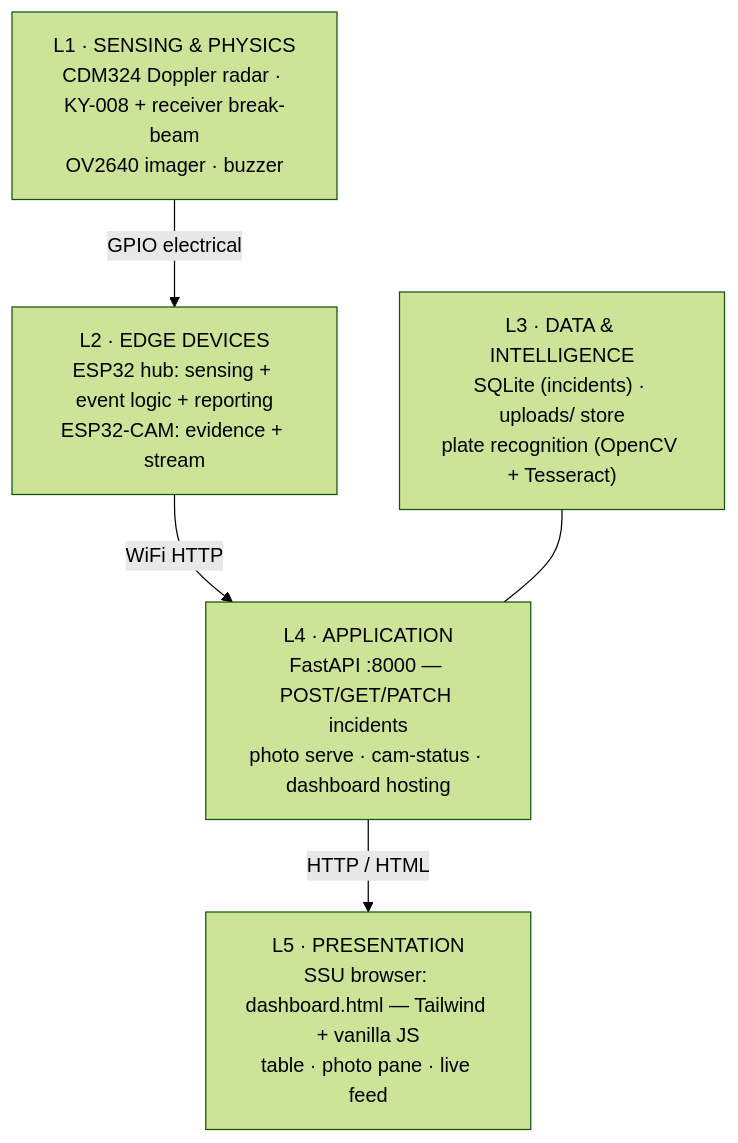
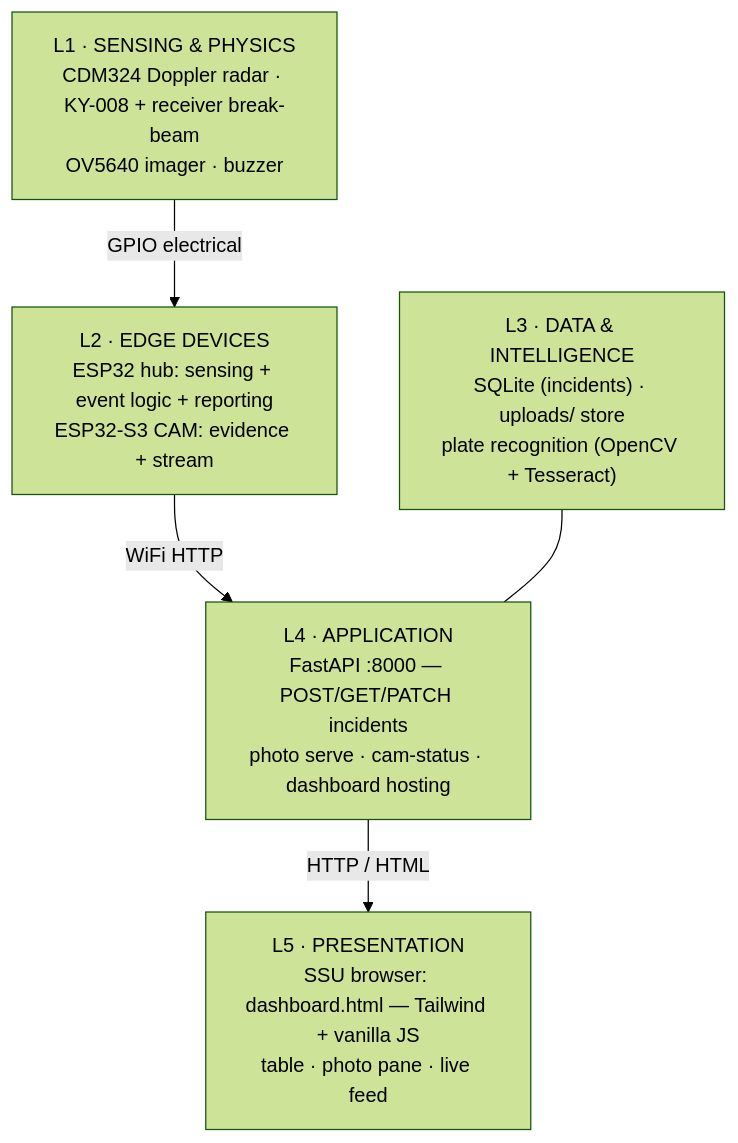
One commit to qppd/safeway changed the first of 3 diagrams in docs/SYSTEM-ARCHITECTURE.md. Above: the diagram before and after it, drawn with Mermaid (forest theme). The commit also changed other lines of this file and 8 other files, not shown here.

First line of the commit message:
Swap camera board: ESP32-CAM-MB -> ESP32-S3 WROOM N16R8 CAM + OV5640

````diff
--- a/docs/SYSTEM-ARCHITECTURE.md
+++ b/docs/SYSTEM-ARCHITECTURE.md
@@ -9,12 +9,12 @@
 ```mermaid
 flowchart TB
     L5["L5 · PRESENTATION<br/>SSU browser: dashboard.html — Tailwind + vanilla JS<br/>table · photo pane · live feed"]
     L4["L4 · APPLICATION<br/>FastAPI :8000 — POST/GET/PATCH incidents<br/>photo serve · cam-status · dashboard hosting"]
     L3["L3 · DATA &amp; INTELLIGENCE<br/>SQLite (incidents) · uploads/ store<br/>plate recognition (OpenCV + Tesseract)"]
-    L2["L2 · EDGE DEVICES<br/>ESP32 hub: sensing + event logic + reporting<br/>ESP32-CAM: evidence + stream"]
-    L1["L1 · SENSING &amp; PHYSICS<br/>CDM324 Doppler radar · KY-008 + receiver break-beam<br/>OV2640 imager · buzzer"]
+    L2["L2 · EDGE DEVICES<br/>ESP32 hub: sensing + event logic + reporting<br/>ESP32-S3 CAM: evidence + stream"]
+    L1["L1 · SENSING &amp; PHYSICS<br/>CDM324 Doppler radar · KY-008 + receiver break-beam<br/>OV5640 imager · buzzer"]
     L1 -- "GPIO electrical" --> L2
     L2 -- "WiFi HTTP" --> L4
     L4 -- "HTTP / HTML" --> L5
     L3 --- L4
 ```
````
